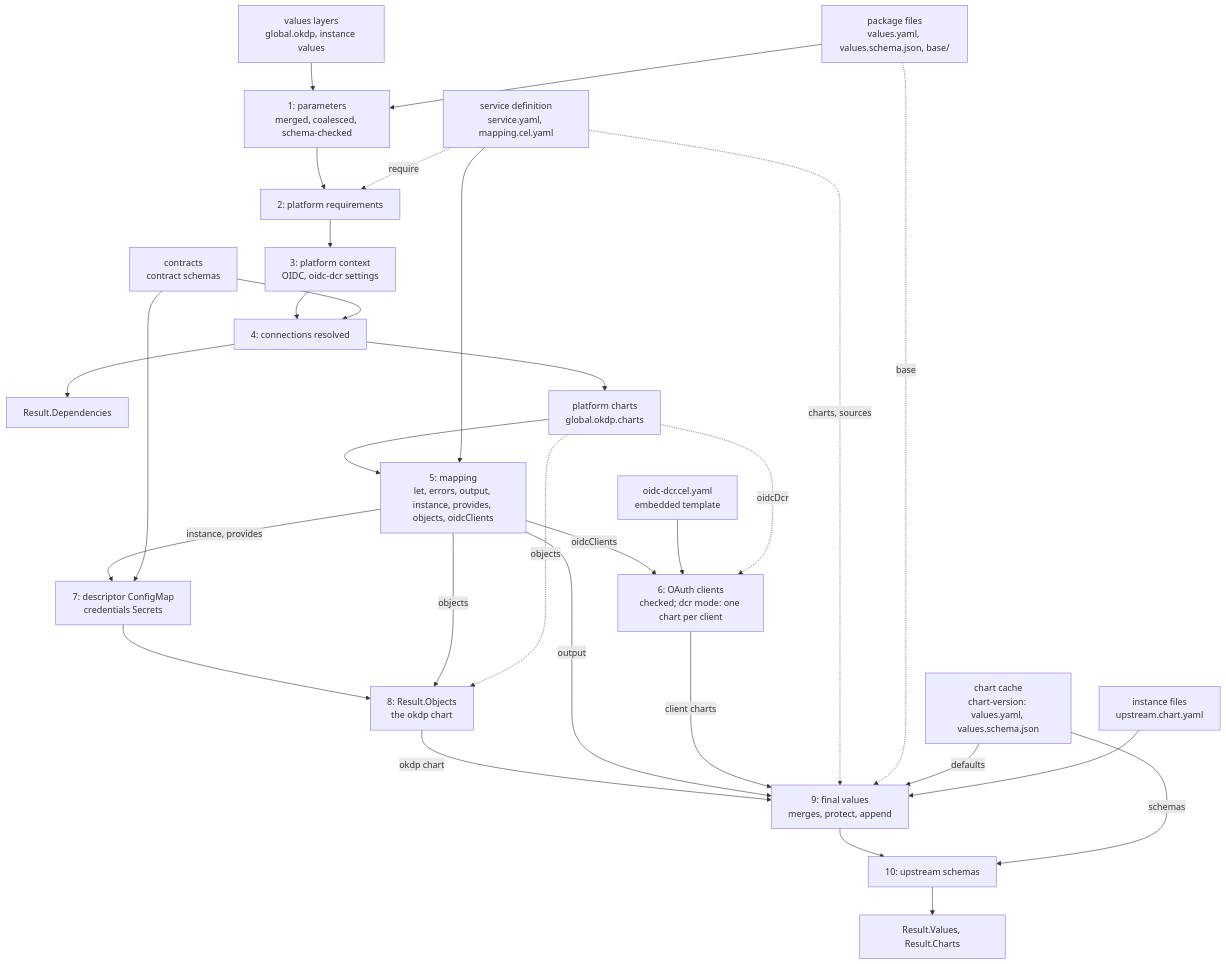
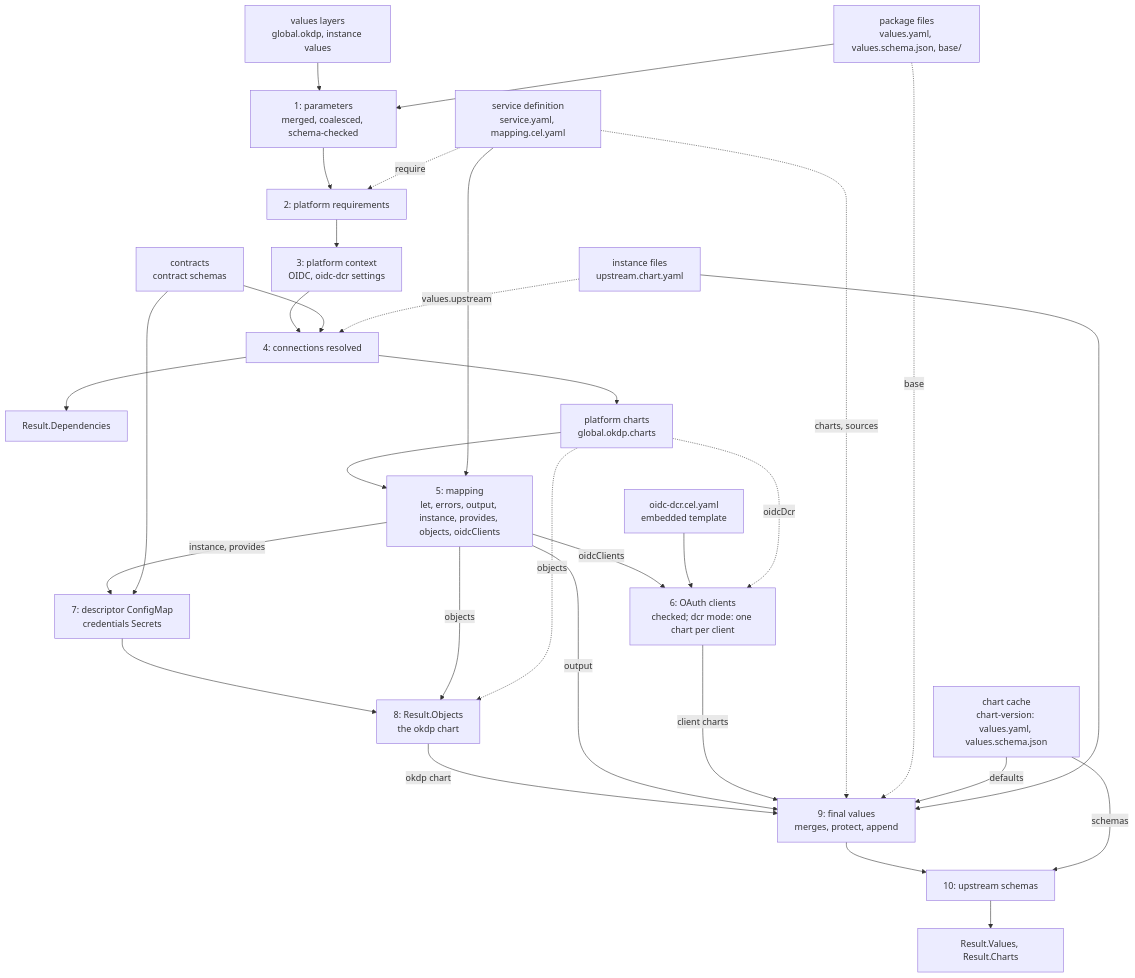
The diagram in docs/00_architecture.md (OKDP/okdp-compiler), drawn with Mermaid before and after one commit. The commit also changed other lines of this file and 9 other files, not shown here.

````diff
--- a/docs/00_architecture.md
+++ b/docs/00_architecture.md
@@ -43,40 +44,41 @@
 ```mermaid
 flowchart TD
   def["service definition<br/>service.yaml, mapping.cel.yaml"]
   pkg["package files<br/>values.yaml, values.schema.json, base/"]
   layers["values layers<br/>global.okdp, instance values"]
   contracts["contracts<br/>contract schemas"]
   cache["chart cache<br/>chart-version: values.yaml, values.schema.json"]
   files["instance files<br/>upstream.chart.yaml"]
   tmpl["oidc-dcr.cel.yaml<br/>embedded template"]
 
   layers --> s1["1: parameters<br/>merged, coalesced, schema-checked"]
   pkg --> s1
   s1 --> s2["2: platform requirements"]
   def -. require .-> s2
   s2 --> s3["3: platform context<br/>OIDC, oidc-dcr settings"]
   s3 --> s4["4: connections resolved"]
   contracts --> s4
   s4 --> deps["Result.Dependencies"]
   s4 --> pc["platform charts<br/>global.okdp.charts"]
   pc --> s5["5: mapping<br/>let, errors, output, instance, provides, objects, oidcClients"]
   def --> s5
   s5 -- oidcClients --> s6["6: OAuth clients<br/>checked; dcr mode: one chart per client"]
   tmpl --> s6
   pc -. oidcDcr .-> s6
   s5 -- "instance, provides" --> s7["7: descriptor ConfigMap<br/>credentials Secrets"]
   contracts --> s7
   s7 --> s8["8: Result.Objects<br/>the okdp chart"]
   s5 -- objects --> s8
   pc -. objects .-> s8
   s8 -- "okdp chart" --> s9
   s5 -- output --> s9["9: final values<br/>merges, protect, append"]
   s6 -- "client charts" --> s9
   def -. "charts, sources" .-> s9
   pkg -. base .-> s9
   cache -- defaults --> s9
+  files -. "values.upstream" .-> s4
   files --> s9
   s9 --> s10["10: upstream schemas"]
   cache -- schemas --> s10
   s10 --> vals["Result.Values, Result.Charts"]
 ```
````
